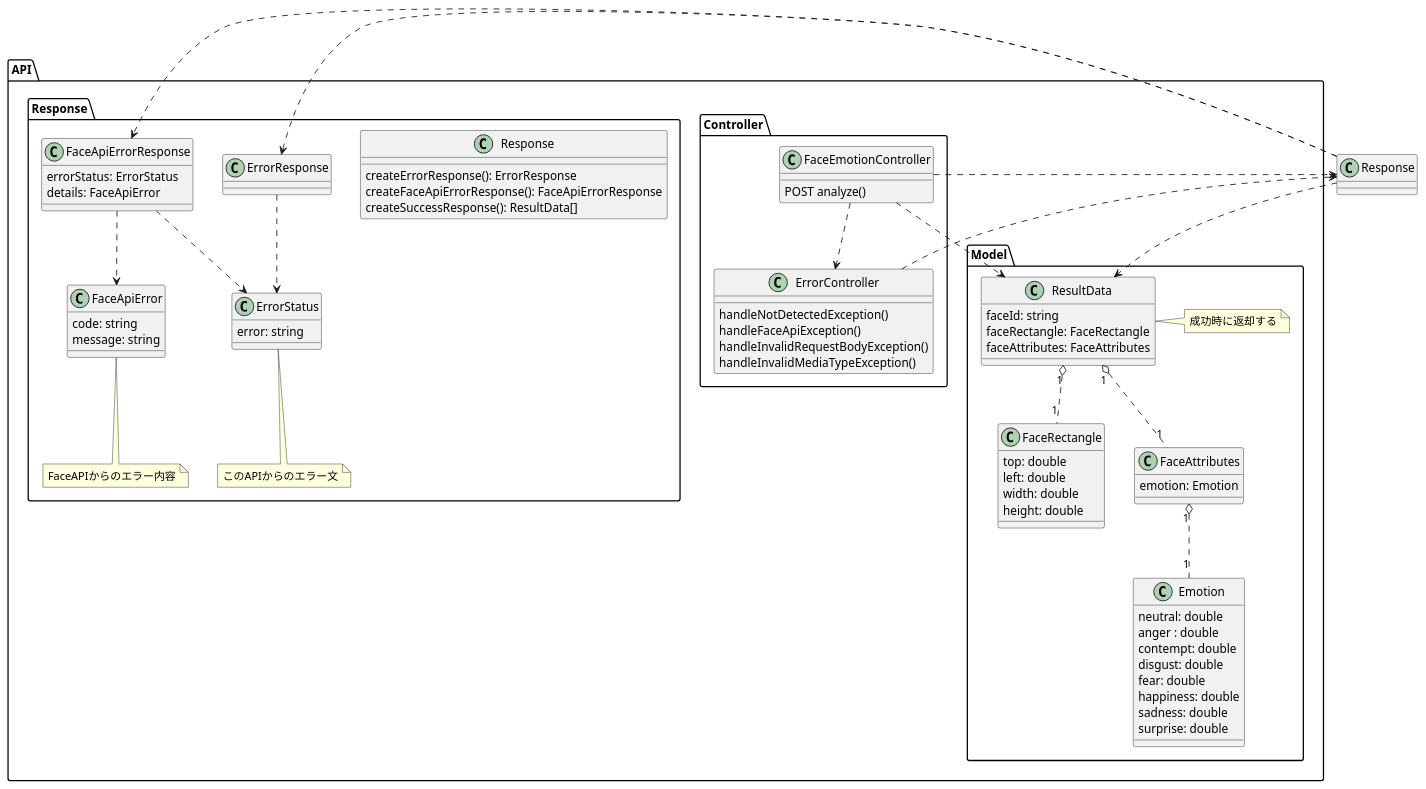
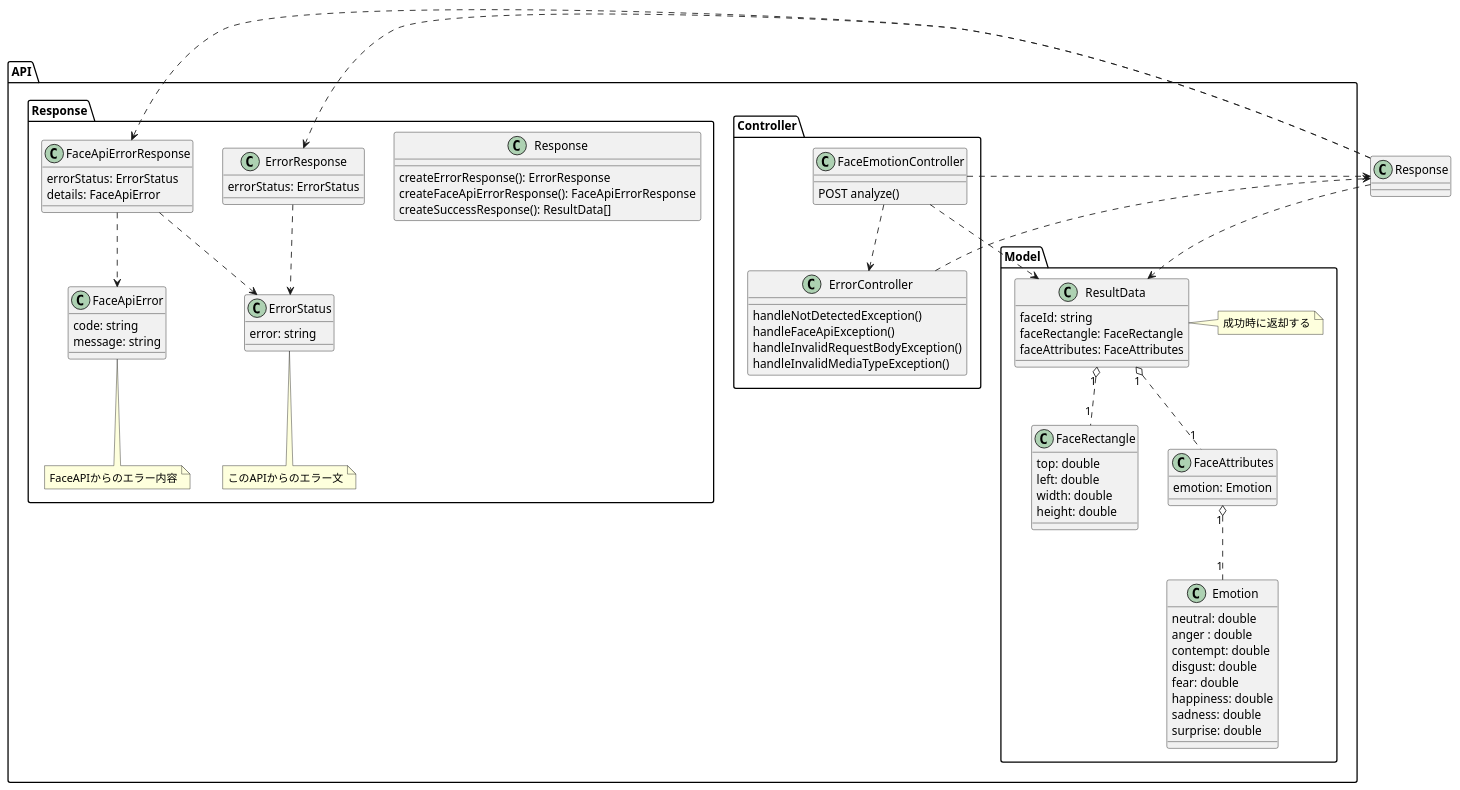
One commit to nishikawa1114/FaceEmotionSystem changed the diagram in doc/uml/classDiagApi.pu. Above: the diagram before and after it, drawn with PlantUML.

Commit message:
クラス図　メンバ変数の修正

```diff
--- a/doc/uml/classDiagApi.pu
+++ b/doc/uml/classDiagApi.pu
@@ -1,96 +1,97 @@
 @startuml Face Emotion Analyser API
 
 ' サーバーサイド
 package "API" {
 
     package "Controller" {
         class FaceEmotionController {
             POST analyze()
         }
 
         class ErrorController {
             handleNotDetectedException()
             handleFaceApiException()
             handleInvalidRequestBodyException()
             handleInvalidMediaTypeException()
         }
     }
 
     package "Response" {
         class Response {
             createErrorResponse(): ErrorResponse
             createFaceApiErrorResponse(): FaceApiErrorResponse
             createSuccessResponse(): ResultData[]
         }
 
         class ErrorResponse {
+            errorStatus: ErrorStatus
         }
 
         class ErrorStatus {
             error: string
         }
         note bottom: このAPIからのエラー文
 
         class FaceApiErrorResponse {
             errorStatus: ErrorStatus
             details: FaceApiError
         }
 
         class FaceApiError {
             code: string
             message: string
         }
         note bottom: FaceAPIからのエラー内容
     }
 
 
     package "Model" {
         class ResultData {
             faceId: string
             faceRectangle: FaceRectangle
             faceAttributes: FaceAttributes
         }
         note right: 成功時に返却する
 
         class FaceRectangle {
             top: double
             left: double
             width: double
             height: double
         }
 
         class FaceAttributes {
             emotion: Emotion
         }
 
         class Emotion {
             neutral: double
             anger : double
             contempt: double
             disgust: double
             fear: double
             happiness: double
             sadness: double
             surprise: double
         }
     }
 
 }
 
 ResultData "1" o.. "1" FaceRectangle
 ResultData "1" o.. "1" FaceAttributes
 FaceAttributes "1" o.. "1" Emotion
 
 FaceEmotionController ..> ResultData
 FaceEmotionController ..> ErrorController
 
 FaceEmotionController ..> Response
 ErrorController ..> Response
 Response ..> ErrorResponse
 Response ..> FaceApiErrorResponse
 ErrorResponse ..> ErrorStatus
 FaceApiErrorResponse ..> FaceApiError
 FaceApiErrorResponse ..> ErrorStatus
 Response ..> ResultData
 
 @enduml
```
